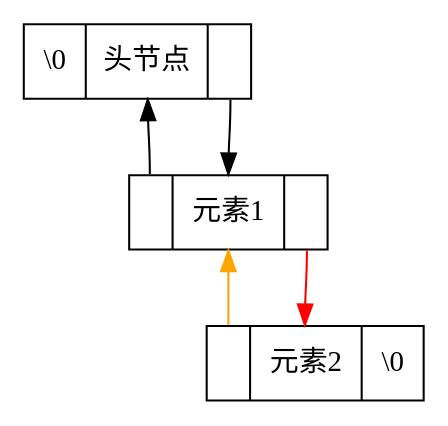
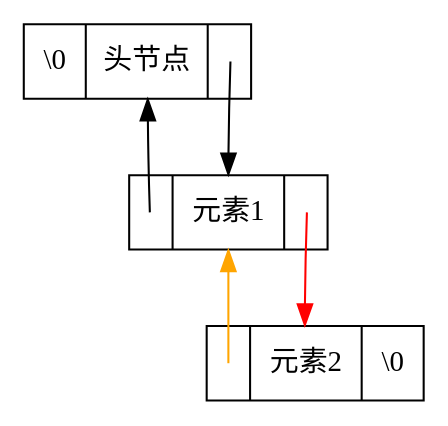
Diagram 27 of 29 in src/第一章-线性结构.md (xavierwoo/data_structrues_notes), drawn with Graphviz before and after one commit. The commit also changed other lines of this file and 1 other file, not shown here.

````diff
--- a/src/第一章-线性结构.md
+++ b/src/第一章-线性结构.md
@@ -588,13 +663,13 @@
 ```dot
 digraph G{
     node [shape = record]
     H [label = "<p> \\0|<data> 头节点|<n> "]
     A [label = "<p> |<data> 元素1|<n> "]
 
     C [label = "<p> |<data> 元素2|<n> \\0"]
-    A:n -> C:data [color=red]
-    C:p -> A:data [color=orange]
-    H:n -> A:data 
-    A:p -> H:data 
+    A:n:c -> C:data [color=red tailclip=false]
+    C:p:c -> A:data [color=orange tailclip=false]
+    H:n:c -> A:data [tailclip=false]
+    A:p:c -> H:data [tailclip=false]
 }
 ```
````
